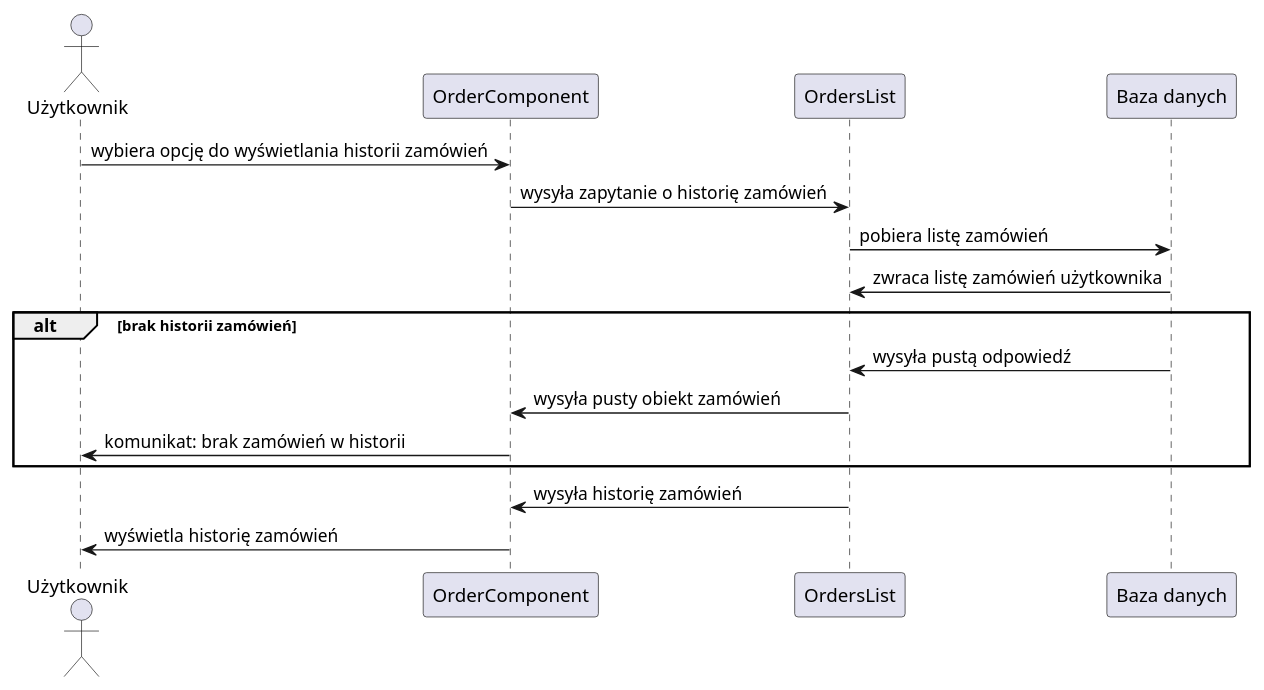
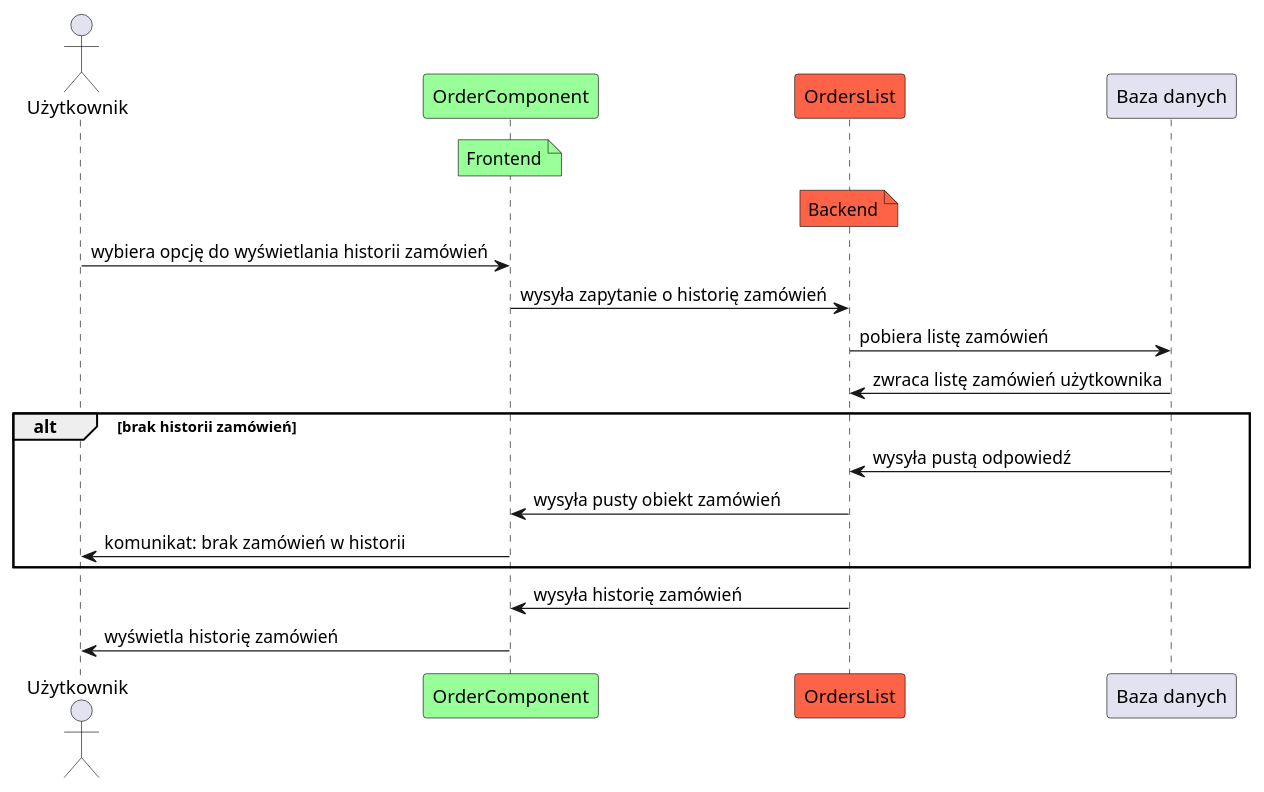
The diagram in docs/history_sequence.md (amelinium23/food-ordering-and-delivering-service), drawn with PlantUML before and after one commit. The commit also changed 3 other files, not shown here.

Commit message:
Added some clarity to sequence diagrams

````diff
--- a/docs/history_sequence.md
+++ b/docs/history_sequence.md
@@ -1,21 +1,27 @@
 ```plantuml
 @startuml history
 actor Użytkownik as user
-participant "OrderComponent" as front
-participant "OrdersList" as api
+participant "OrderComponent" as front #99FF99
+participant "OrdersList" as api #FF6347
 participant "Baza danych" as db
+note over front #99FF99
+Frontend
+end note
+note over api #FF6347
+Backend
+end note
 
 
 user -> front : wybiera opcję do wyświetlania historii zamówień
 front -> api : wysyła zapytanie o historię zamówień
 api -> db : pobiera listę zamówień
 db -> api : zwraca listę zamówień użytkownika
 alt brak historii zamówień
     db -> api : wysyła pustą odpowiedź
     front <- api : wysyła pusty obiekt zamówień
     user <- front : komunikat: brak zamówień w historii
 end
 front <- api : wysyła historię zamówień
 user <- front : wyświetla historię zamówień
 @enduml
 ```
````
